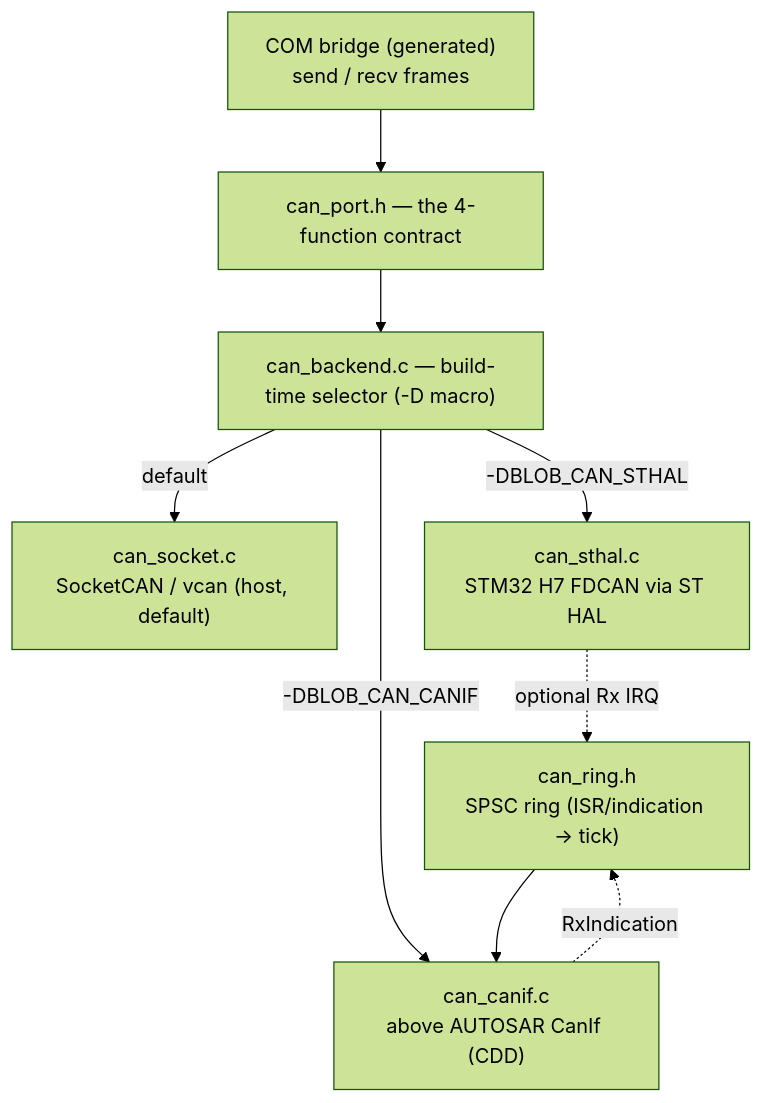
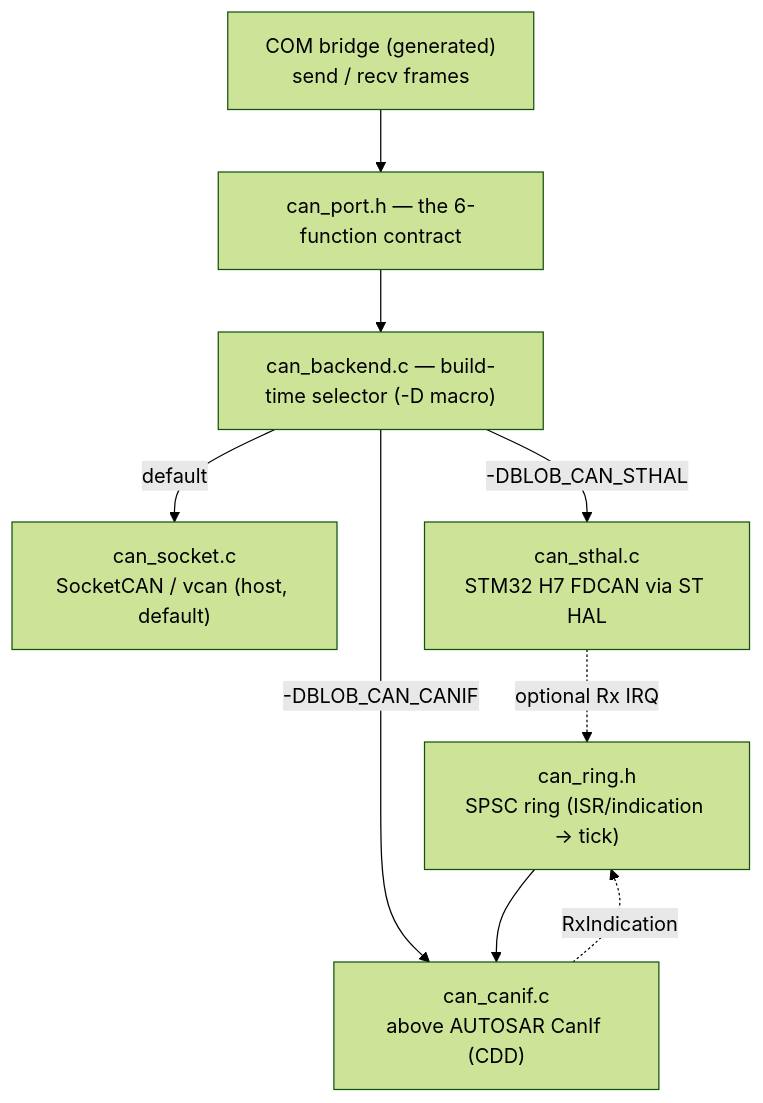
The diagram in docs/porting.md (MartenH/blobly_emb), drawn with Mermaid (forest theme) before and after one commit. The commit also changed other lines of this file and 8 other files, not shown here.

````diff
--- a/docs/porting.md
+++ b/docs/porting.md
@@ -34,17 +43,17 @@
 ```mermaid
 graph TB
   BR["COM bridge (generated)\nsend / recv frames"]
-  PORT["can_port.h — the 4-function contract"]
+  PORT["can_port.h — the 6-function contract"]
   SEL["can_backend.c — build-time selector (-D macro)"]
   SOCK["can_socket.c\nSocketCAN / vcan (host, default)"]
   HAL["can_sthal.c\nSTM32 H7 FDCAN via ST HAL"]
   CIF["can_canif.c\nabove AUTOSAR CanIf (CDD)"]
   RING["can_ring.h\nSPSC ring (ISR/indication -> tick)"]
 
   BR --> PORT --> SEL
   SEL -->|default| SOCK
   SEL -->|-DBLOB_CAN_STHAL| HAL
   SEL -->|-DBLOB_CAN_CANIF| CIF
   CIF -. RxIndication .-> RING --> CIF
   HAL -. optional Rx IRQ .-> RING
 ```
````
